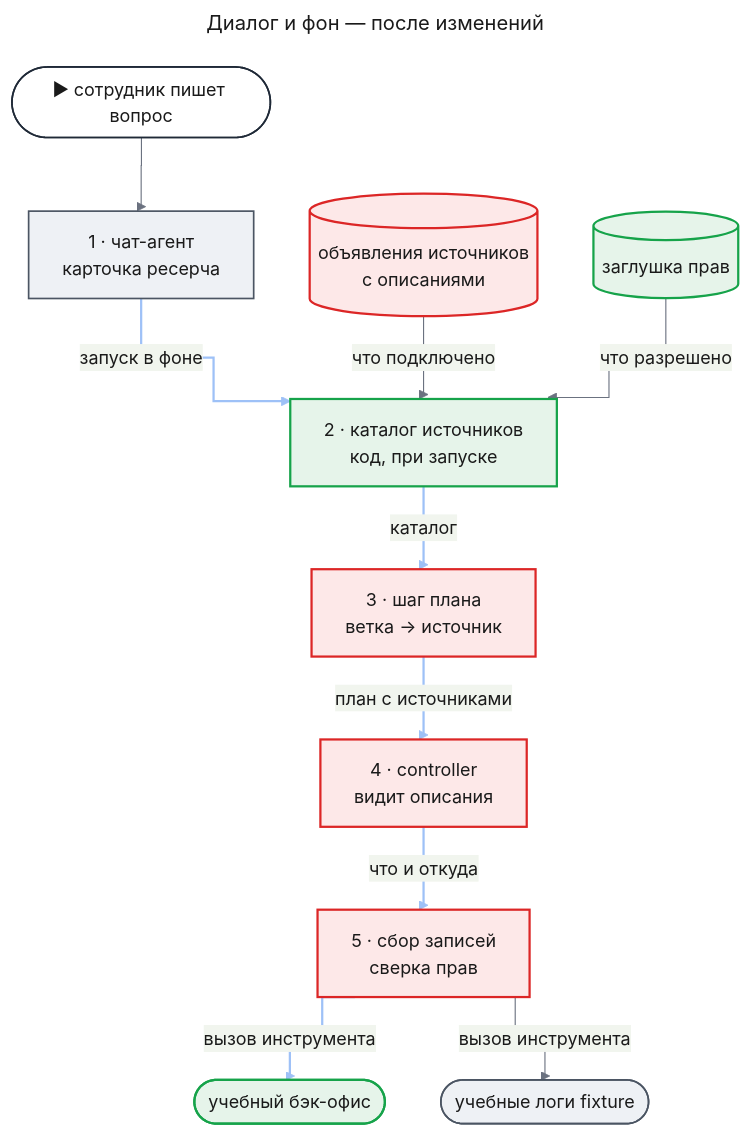
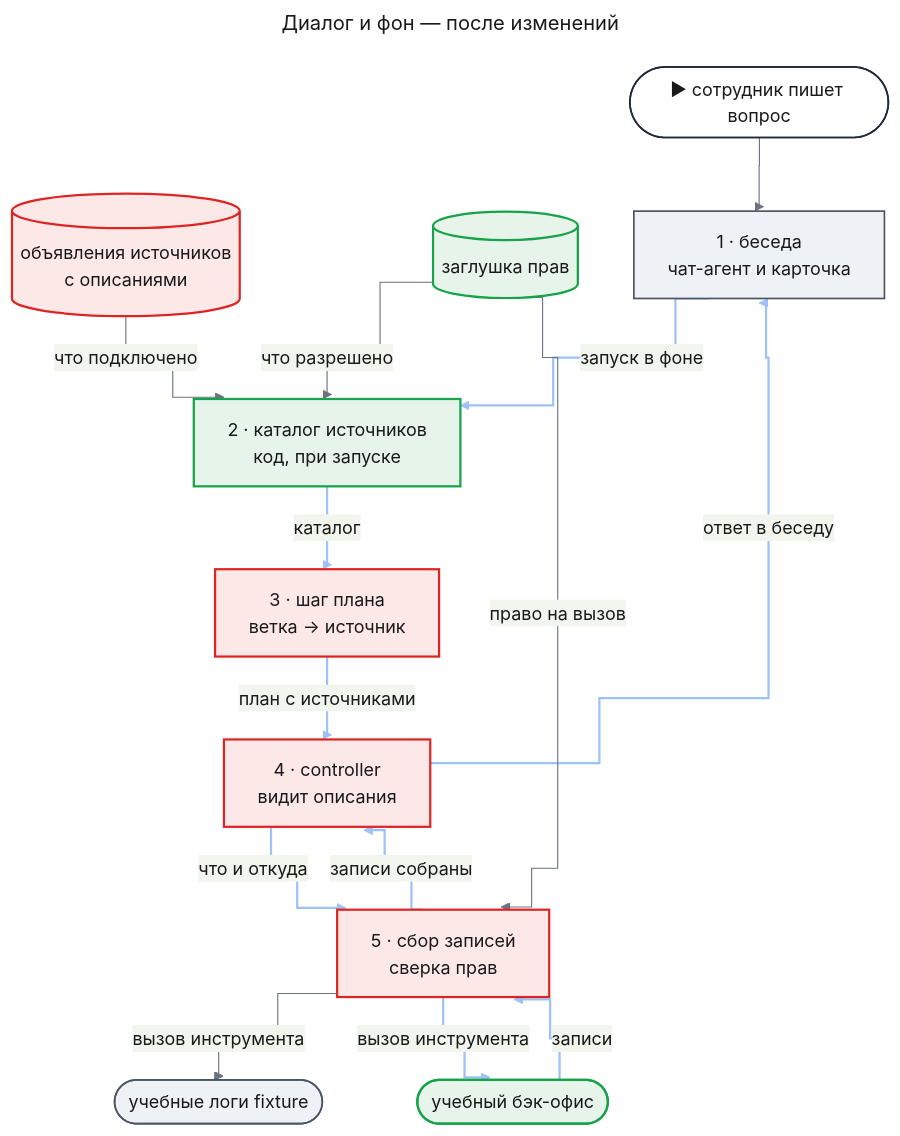
One commit to tundraray/agent-os changed the third of 7 diagrams in docs/features/source-planning/prd.md. Above: the diagram before and after it, drawn with Mermaid. The commit also changed other lines of this file, not shown here.

````diff
--- a/docs/features/source-planning/prd.md
+++ b/docs/features/source-planning/prd.md
@@ -148,55 +159,65 @@
 ```mermaid
 ---
 title: "Диалог и фон — после изменений"
 config:
   theme: base
   look: classic
   themeVariables:
     primaryColor: "#eef1f5"
     primaryBorderColor: "#4b5563"
     primaryTextColor: "#1a1a1a"
     lineColor: "#6b7280"
   flowchart:
     curve: step
   themeCSS: |
-    @keyframes litr_sp2{0%,18%{stroke:#1d4ed8;stroke-width:6px}20%,100%{stroke:#9ec1f7;stroke-width:2px}}
+    @keyframes litr_sp2{0%,11.25%{stroke:#1d4ed8;stroke-width:6px}12.5%,100%{stroke:#9ec1f7;stroke-width:2px}}
 ---
 flowchart TB
     entry(["▶ сотрудник пишет вопрос"])
-    chat["1 · чат-агент<br/>карточка ресерча"]
+    decl[("объявления источников<br/>с описаниями")]
+    rights[("заглушка прав")]
+    chat["1 · беседа<br/>чат-агент и карточка"]
     cat["2 · каталог источников<br/>код, при запуске"]
     plan["3 · шаг плана<br/>ветка → источник"]
     ctl["4 · controller<br/>видит описания"]
     fetch["5 · сбор записей<br/>сверка прав"]
+    logs(["учебные логи fixture"])
     bo(["учебный бэк-офис"])
-    logs(["учебные логи fixture"])
-    decl[("объявления источников<br/>с описаниями")]
-    rights[("заглушка прав")]
     entry --> chat
     chat e1@-->|"запуск в фоне"| cat
     cat e2@-->|"каталог"| plan
     plan e3@-->|"план с источниками"| ctl
     ctl e4@-->|"что и откуда"| fetch
+    fetch -->|"вызов инструмента"| logs
     fetch e5@-->|"вызов инструмента"| bo
-    fetch -->|"вызов инструмента"| logs
+    bo e6@-->|"записи"| fetch
+    fetch e7@-->|"записи собраны"| ctl
+    ctl e8@-->|"ответ в беседу"| chat
     decl -->|"что подключено"| cat
     rights -->|"что разрешено"| cat
+    rights -->|"право на вызов"| fetch
     classDef entry fill:#ffffff,stroke:#1f2937,stroke-width:1.5px,color:#1a1a1a
     classDef changed fill:#fde8e8,stroke:#dc2626,stroke-width:2px,color:#1a1a1a
     classDef new fill:#e6f4ea,stroke:#16a34a,stroke-width:2px,color:#1a1a1a
     classDef unchanged fill:#eef1f5,stroke:#4b5563,stroke-width:1.5px,color:#1a1a1a
-    classDef r1 stroke:#9ec1f7,stroke-width:2px,animation:litr_sp2 6s linear 0s infinite
-    classDef r2 stroke:#9ec1f7,stroke-width:2px,animation:litr_sp2 6s linear 1.2s infinite
-    classDef r3 stroke:#9ec1f7,stroke-width:2px,animation:litr_sp2 6s linear 2.4s infinite
-    classDef r4 stroke:#9ec1f7,stroke-width:2px,animation:litr_sp2 6s linear 3.6s infinite
-    classDef r5 stroke:#9ec1f7,stroke-width:2px,animation:litr_sp2 6s linear 4.8s infinite
+    classDef r1 stroke:#9ec1f7,stroke-width:2px,animation:litr_sp2 9.6s linear 0s infinite
+    classDef r2 stroke:#9ec1f7,stroke-width:2px,animation:litr_sp2 9.6s linear 1.2s infinite
+    classDef r3 stroke:#9ec1f7,stroke-width:2px,animation:litr_sp2 9.6s linear 2.4s infinite
+    classDef r4 stroke:#9ec1f7,stroke-width:2px,animation:litr_sp2 9.6s linear 3.6s infinite
+    classDef r5 stroke:#9ec1f7,stroke-width:2px,animation:litr_sp2 9.6s linear 4.8s infinite
+    classDef r6 stroke:#9ec1f7,stroke-width:2px,animation:litr_sp2 9.6s linear 6s infinite
+    classDef r7 stroke:#9ec1f7,stroke-width:2px,animation:litr_sp2 9.6s linear 7.2s infinite
+    classDef r8 stroke:#9ec1f7,stroke-width:2px,animation:litr_sp2 9.6s linear 8.4s infinite
     class entry entry
     class cat,bo,rights new
     class plan,ctl,fetch,decl changed
     class chat,logs unchanged
     class e1 r1
     class e2 r2
     class e3 r3
     class e4 r4
     class e5 r5
+    class e6 r6
+    class e7 r7
+    class e8 r8
 ```
````
